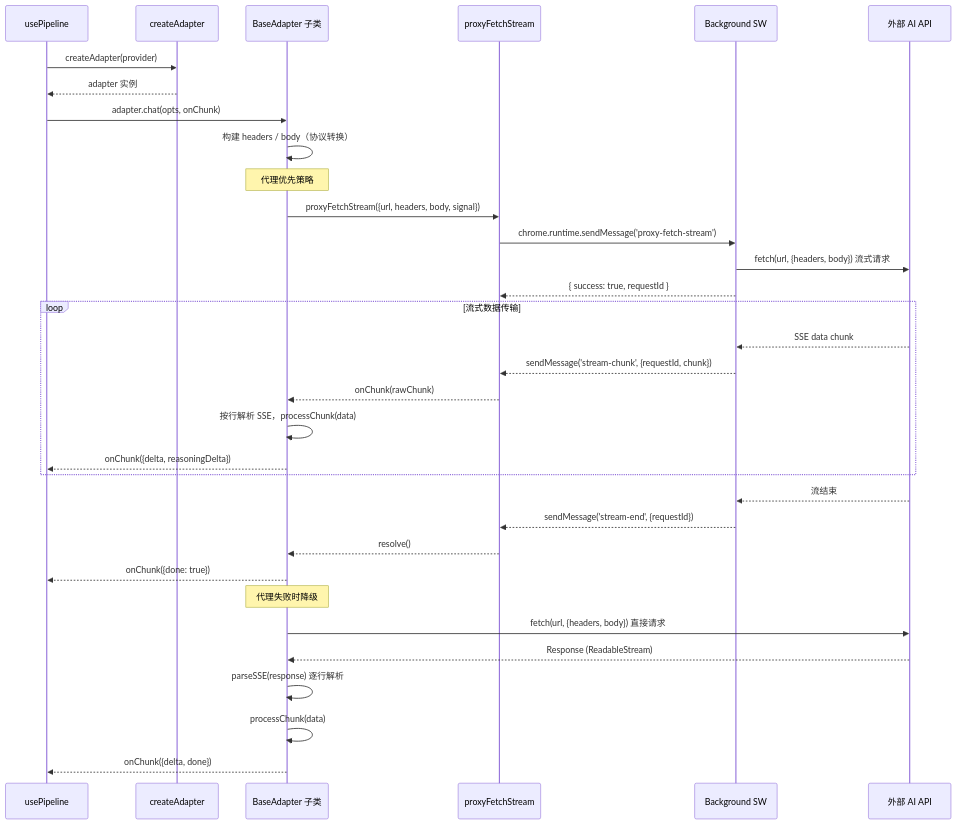
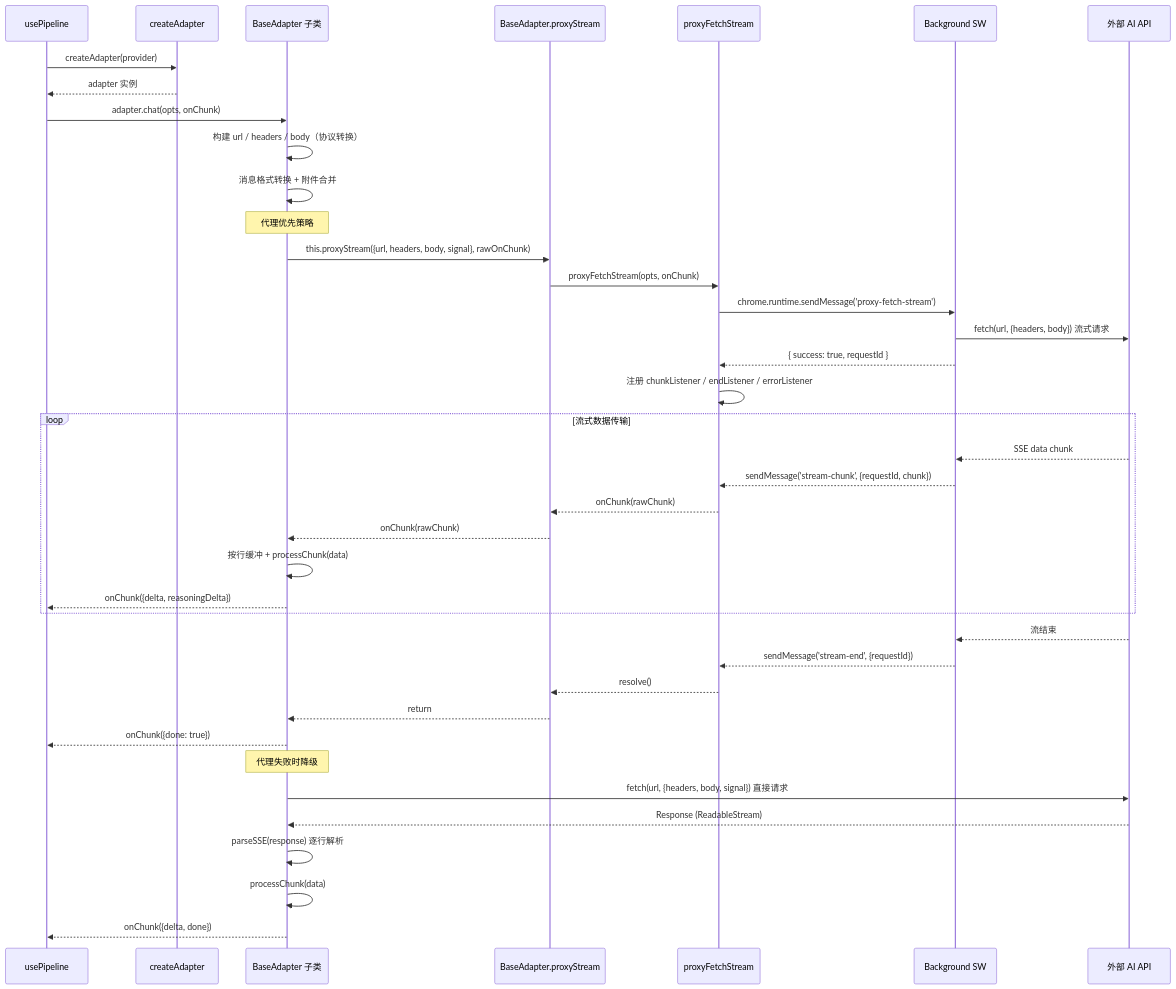
One commit to zw123zw/ai-browser changed the second of 3 diagrams in docs/architecture/ai-adapters.md. Above: the diagram before and after it, drawn with Mermaid. The commit also changed other lines of this file and 12 other files, not shown here.

````diff
--- a/docs/architecture/ai-adapters.md
+++ b/docs/architecture/ai-adapters.md
@@ -318,41 +532,48 @@
 ```mermaid
 sequenceDiagram
     participant Pipeline as usePipeline
     participant Factory as createAdapter
     participant Adapter as BaseAdapter 子类
+    participant Base as BaseAdapter.proxyStream
     participant Proxy as proxyFetchStream
     participant BG as Background SW
     participant API as 外部 AI API
 
     Pipeline->>Factory: createAdapter(provider)
     Factory-->>Pipeline: adapter 实例
 
     Pipeline->>Adapter: adapter.chat(opts, onChunk)
-    Adapter->>Adapter: 构建 headers / body（协议转换）
+    Adapter->>Adapter: 构建 url / headers / body（协议转换）
+    Adapter->>Adapter: 消息格式转换 + 附件合并
 
     Note over Adapter: 代理优先策略
-    Adapter->>Proxy: proxyFetchStream({url, headers, body, signal})
+    Adapter->>Base: this.proxyStream({url, headers, body, signal}, rawOnChunk)
+    Base->>Proxy: proxyFetchStream(opts, onChunk)
     Proxy->>BG: chrome.runtime.sendMessage('proxy-fetch-stream')
     BG->>API: fetch(url, {headers, body}) 流式请求
     BG-->>Proxy: { success: true, requestId }
 
+    Proxy->>Proxy: 注册 chunkListener / endListener / errorListener
+
     loop 流式数据传输
         API-->>BG: SSE data chunk
         BG-->>Proxy: sendMessage('stream-chunk', {requestId, chunk})
-        Proxy-->>Adapter: onChunk(rawChunk)
-        Adapter->>Adapter: 按行解析 SSE，processChunk(data)
+        Proxy-->>Base: onChunk(rawChunk)
+        Base-->>Adapter: onChunk(rawChunk)
+        Adapter->>Adapter: 按行缓冲 + processChunk(data)
         Adapter-->>Pipeline: onChunk({delta, reasoningDelta})
     end
 
     API-->>BG: 流结束
     BG-->>Proxy: sendMessage('stream-end', {requestId})
-    Proxy-->>Adapter: resolve()
+    Proxy-->>Base: resolve()
+    Base-->>Adapter: return
     Adapter-->>Pipeline: onChunk({done: true})
 
     Note over Adapter: 代理失败时降级
-    Adapter->>API: fetch(url, {headers, body}) 直接请求
+    Adapter->>API: fetch(url, {headers, body, signal}) 直接请求
     API-->>Adapter: Response (ReadableStream)
     Adapter->>Adapter: parseSSE(response) 逐行解析
     Adapter->>Adapter: processChunk(data)
     Adapter-->>Pipeline: onChunk({delta, done})
 ```
````
